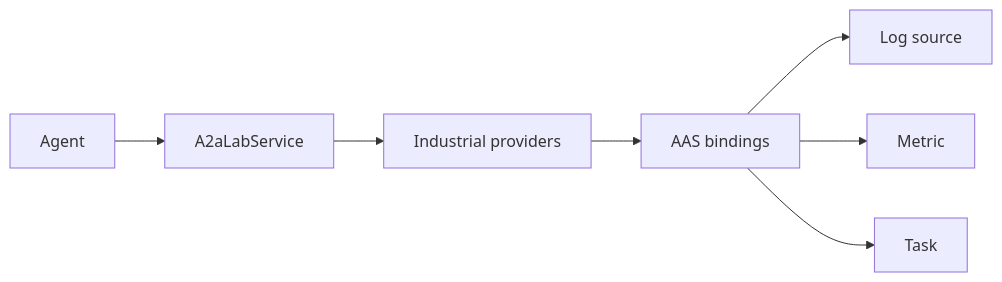
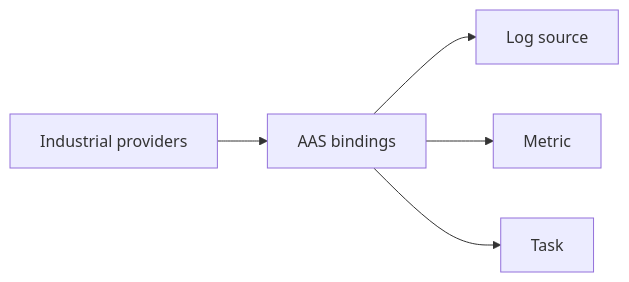
One commit to A3Analytics/a2a-lab-dev-kit-rs changed the diagram in backlog/docs/reference/aas/doc-6 - Asset-Administration-Shell.md. Above: the diagram before and after it, drawn with Mermaid. The commit also changed other lines of this file and 14 other files, not shown here.

Commit message:
Group the Wiki into interfaces and providers so both sides of A2aLabService are explicit.

````diff
--- a/backlog/docs/reference/aas/doc-6 - Asset-Administration-Shell.md
+++ b/backlog/docs/reference/aas/doc-6 - Asset-Administration-Shell.md
@@ -17,11 +17,9 @@
 ```mermaid
 flowchart LR
-  accTitle: AAS bindings fulfill primitive ids
-  accDescr: An agent calls A2aLabService. A2aLabService calls industrial providers. Those providers read AAS bindings. A log_source binding fulfills a log source. A metric binding fulfills a metric. A task binding fulfills a task.
-  agent["Agent"] --> service["A2aLabService"]
-  service --> providers["Industrial providers"]
-  providers --> bindings["AAS bindings"]
+  accTitle: AAS names primitive ids
+  accDescr: Industrial providers read AAS bindings. A binding names a log source, a metric, or a task.
+  providers["Industrial providers"] --> bindings["AAS bindings"]
   bindings --> logs["Log source"]
   bindings --> metrics["Metric"]
   bindings --> tasks["Task"]
 ```
````
